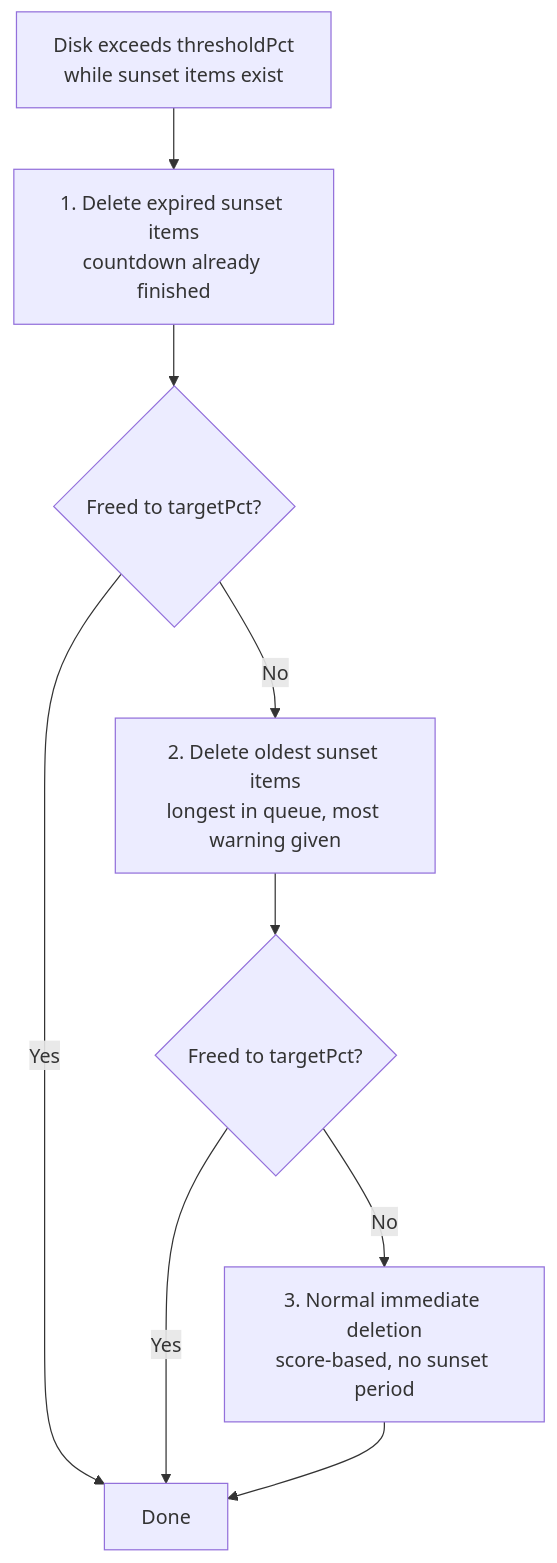
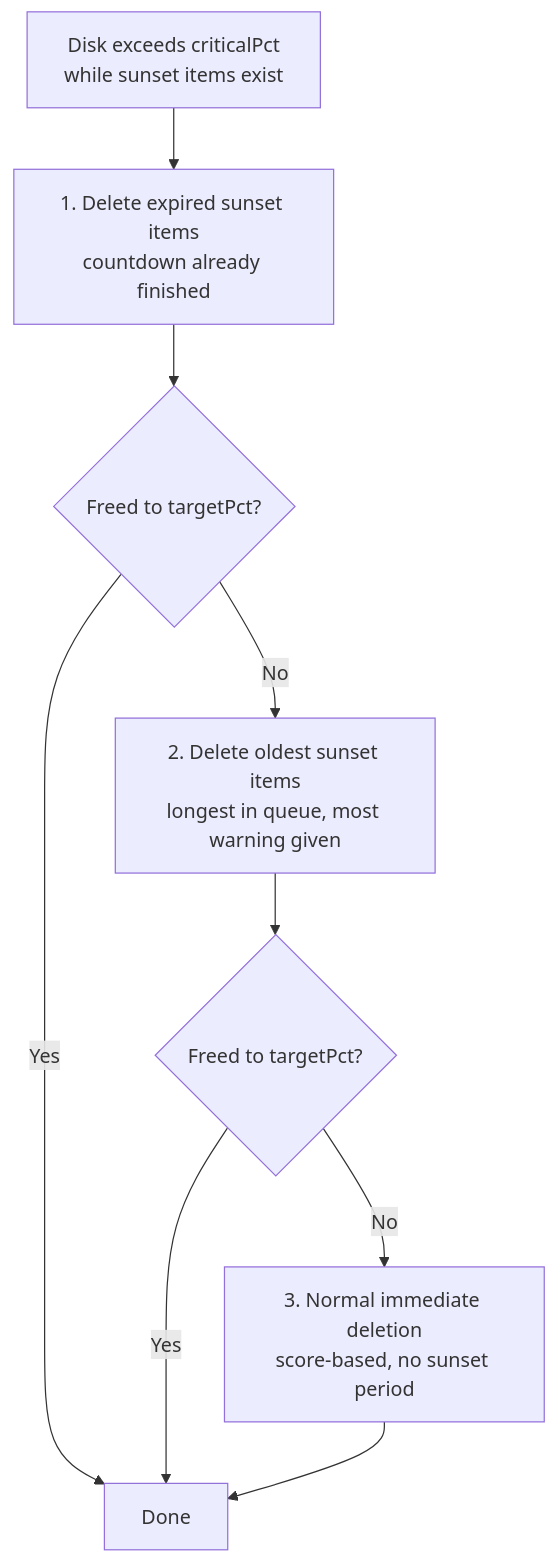
One commit to Wesleyl89/capacitarr changed the first of 4 diagrams in docs/plans/02-features/20260328T0408Z-scheduled-deletion-collections-poster-overlays.md. Above: the diagram before and after it, drawn with Mermaid. The commit also changed other lines of this file and 34 other files, not shown here.

````diff
--- a/docs/plans/02-features/20260328T0408Z-scheduled-deletion-collections-poster-overlays.md
+++ b/docs/plans/02-features/20260328T0408Z-scheduled-deletion-collections-poster-overlays.md
@@ -73,18 +73,18 @@
 ```mermaid
 flowchart TD
-    BREACH["Disk exceeds thresholdPct<br/>while sunset items exist"]
+    BREACH["Disk exceeds criticalPct<br/>while sunset items exist"]
     STEP1["1. Delete expired sunset items<br/>countdown already finished"]
     STEP2["2. Delete oldest sunset items<br/>longest in queue, most warning given"]
     STEP3["3. Normal immediate deletion<br/>score-based, no sunset period"]
     CHECK1{Freed to targetPct?}
     CHECK2{Freed to targetPct?}
 
     BREACH --> STEP1
     STEP1 --> CHECK1
     CHECK1 -->|"No"| STEP2
     CHECK1 -->|"Yes"| DONE["Done"]
     STEP2 --> CHECK2
     CHECK2 -->|"No"| STEP3
     CHECK2 -->|"Yes"| DONE
     STEP3 --> DONE
 ```
````
